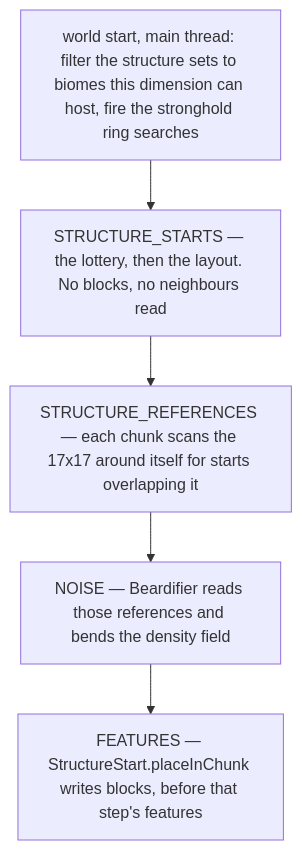
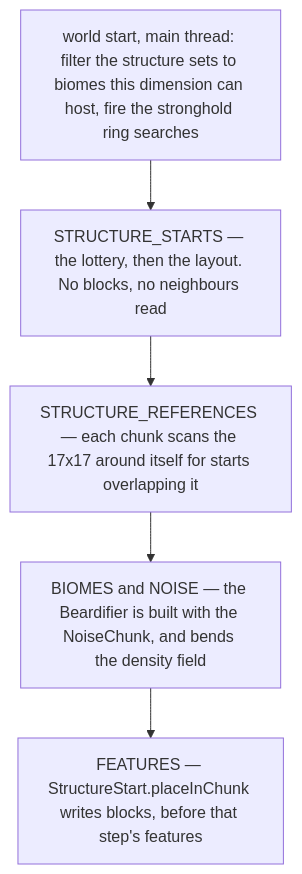
The diagram in src/systems/worldgen/structure-placement.md (AlexanderjFraser/MinecraftDocs), drawn with Mermaid before and after one commit. The commit also changed other lines of this file, not shown here.

````diff
--- a/src/systems/worldgen/structure-placement.md
+++ b/src/systems/worldgen/structure-placement.md
@@ -41,8 +41,8 @@
 ```mermaid
 flowchart TB
     W["world start, main thread: filter the structure sets to biomes this dimension can host, fire the stronghold ring searches"]
     W --> S1["STRUCTURE_STARTS — the lottery, then the layout. No blocks, no neighbours read"]
     S1 --> S2["STRUCTURE_REFERENCES — each chunk scans the 17x17 around itself for starts overlapping it"]
-    S2 --> N["NOISE — Beardifier reads those references and bends the density field"]
+    S2 --> N["BIOMES and NOISE — the Beardifier is built with the NoiseChunk, and bends the density field"]
     N --> F["FEATURES — StructureStart.placeInChunk writes blocks, before that step's features"]
 ```
````
